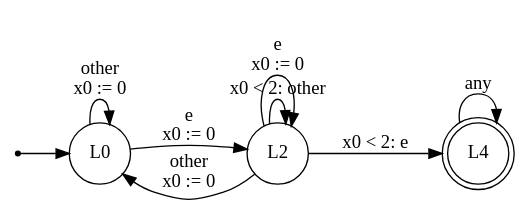
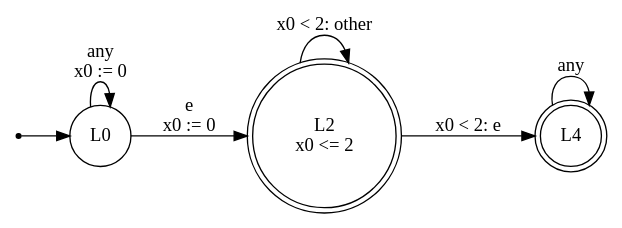
The diagram in evaluation/case_study/negspor.dot (efares1/MTL2BA), drawn with Graphviz before and after one commit. The commit also changed 299 other files, not shown here.

```diff
--- a/evaluation/case_study/negspor.dot
+++ b/evaluation/case_study/negspor.dot
@@ -1,16 +1,14 @@
 digraph TA {
   rankdir=LR;
   node [shape=circle];
   init [shape=point];
   init -> L0;
   L0 [shape=circle, label="L0"];
-  L2 [shape=circle, label="L2"];
+  L2 [shape=doublecircle, label="L2\nx0 <= 2"];
   L4 [shape=doublecircle, label="L4"];
-  L0 -> L0 [label="other\nx0 := 0"];
+  L0 -> L0 [label="any\nx0 := 0"];
   L0 -> L2 [label="e\nx0 := 0"];
+  L2 -> L2 [label="x0 < 2: other"];
   L2 -> L4 [label="x0 < 2: e"];
-  L2 -> L0 [label="other\nx0 := 0"];
-  L2 -> L2 [label="x0 < 2: other"];
-  L2 -> L2 [label="e\nx0 := 0"];
   L4 -> L4 [label="any"];
 }
```
